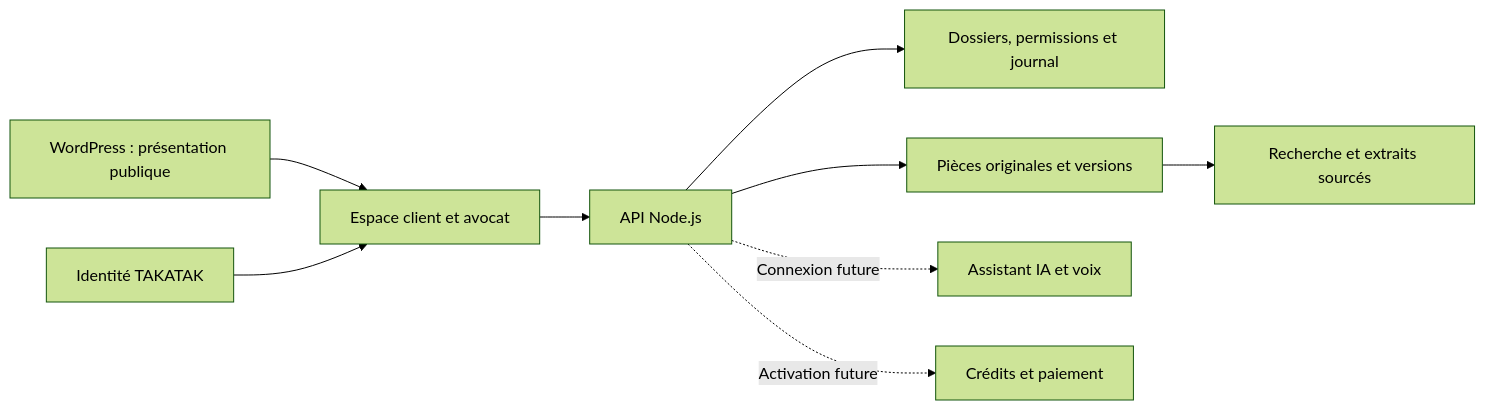
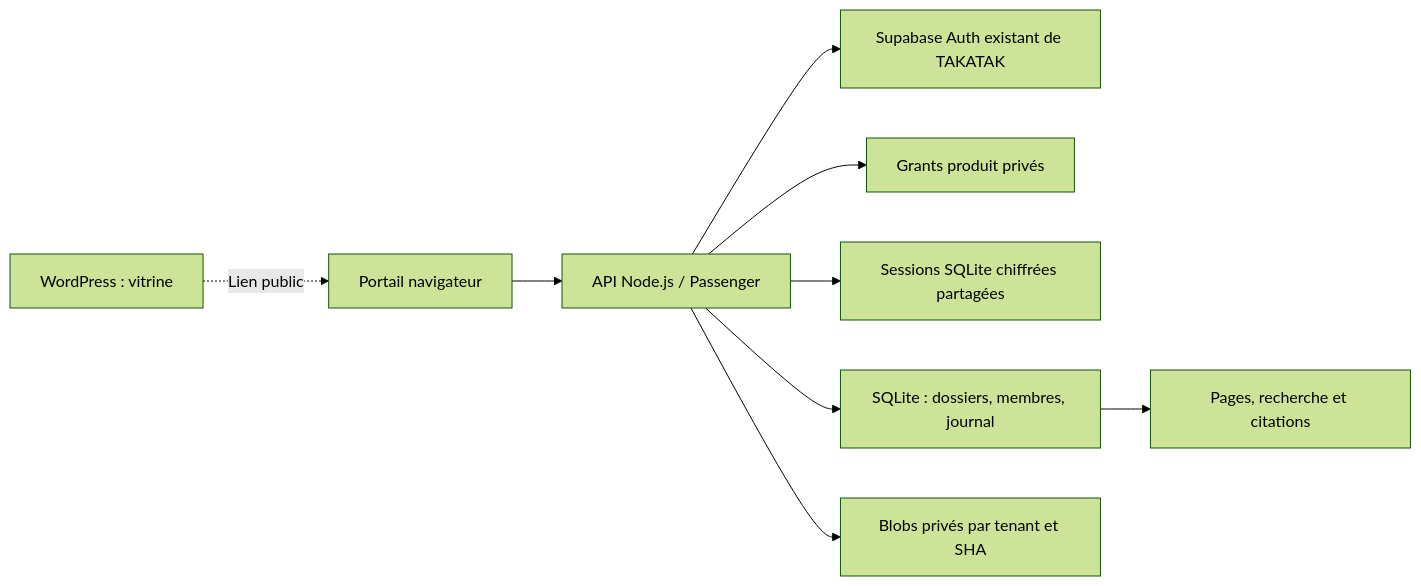
The diagram in docs/PLATFORM_ARCHITECTURE.md (takatakca/BESOINAVOCAT.CA), drawn with Mermaid (forest theme) before and after one commit. The commit also changed other lines of this file and 27 other files, not shown here.

````diff
--- a/docs/PLATFORM_ARCHITECTURE.md
+++ b/docs/PLATFORM_ARCHITECTURE.md
@@ -7,11 +17,11 @@
 ```mermaid
 flowchart LR
-    W[WordPress : présentation publique] --> P[Espace client et avocat]
-    T[Identité TAKATAK] --> P
-    P --> A[API Node.js]
-    A --> D[Dossiers, permissions et journal]
-    A --> F[Pièces originales et versions]
-    F --> R[Recherche et extraits sourcés]
-    A -. Connexion future .-> I[Assistant IA et voix]
-    A -. Activation future .-> C[Crédits et paiement]
+    W[WordPress : vitrine] -. Lien public .-> P[Portail navigateur]
+    P --> A[API Node.js / Passenger]
+    A --> T[Supabase Auth existant de TAKATAK]
+    A --> G[Grants produit privés]
+    A --> S[Sessions SQLite chiffrées partagées]
+    A --> D[SQLite : dossiers, membres, journal]
+    A --> F[Blobs privés par tenant et SHA]
+    D --> R[Pages, recherche et citations]
 ```
````
